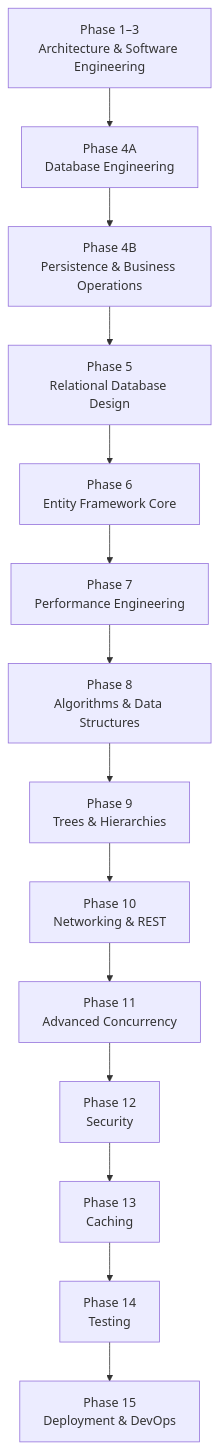
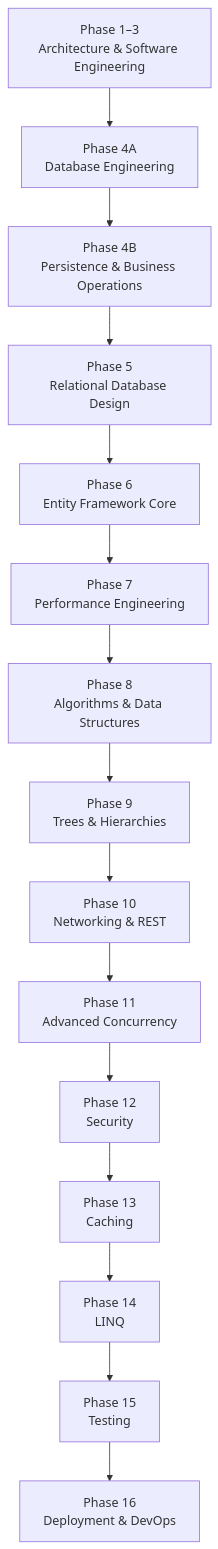
One commit to Jherson-Aguto/BankingSystem changed the diagram in docs/Path.md. Above: the diagram before and after it, drawn with Mermaid. The commit also changed other lines of this file and 2 other files, not shown here.

````diff
--- a/docs/Path.md
+++ b/docs/Path.md
@@ -89,31 +89,33 @@
 ```mermaid
 graph TD
 
 A[Phase 1–3<br/>Architecture & Software Engineering]
 
 --> B[Phase 4A<br/>Database Engineering]
 
 --> C[Phase 4B<br/>Persistence & Business Operations]
 
 --> D[Phase 5<br/>Relational Database Design]
 
 --> E[Phase 6<br/>Entity Framework Core]
 
 --> F[Phase 7<br/>Performance Engineering]
 
 --> G[Phase 8<br/>Algorithms & Data Structures]
 
 --> H[Phase 9<br/>Trees & Hierarchies]
 
 --> I[Phase 10<br/>Networking & REST]
 
 --> J[Phase 11<br/>Advanced Concurrency]
 
 --> K[Phase 12<br/>Security]
 
 --> L[Phase 13<br/>Caching]
 
---> M[Phase 14<br/>Testing]
+--> M[Phase 14<br/>LINQ]
 
---> N[Phase 15<br/>Deployment & DevOps]
+--> N[Phase 15<br/>Testing]
+
+--> O[Phase 16<br/>Deployment & DevOps]
 ```
````
